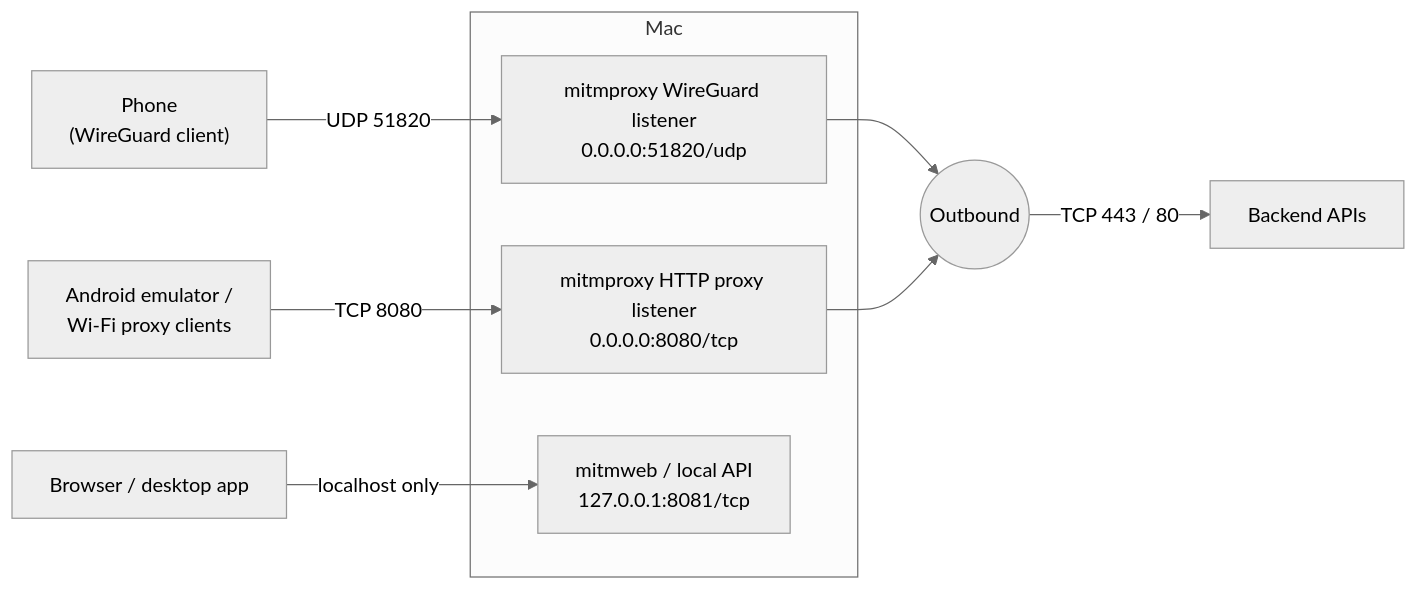
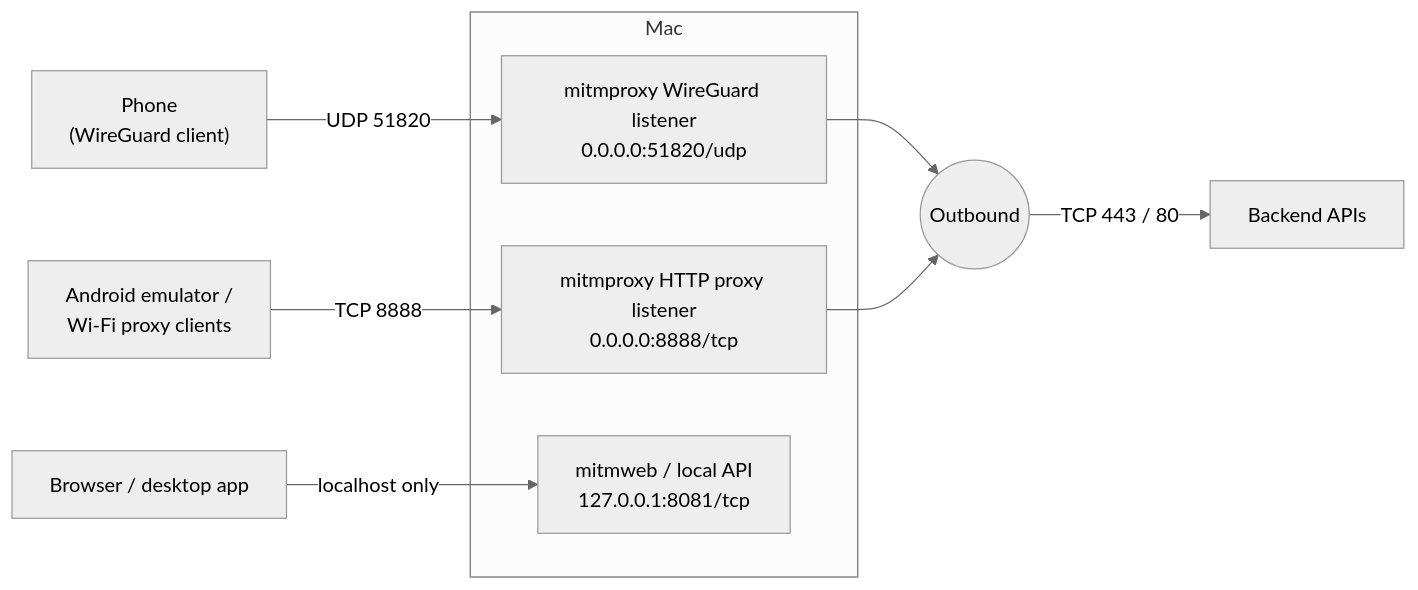
Before and after one commit to chienng/wiretrace: diagram 11 of 14 in docs/diagrams.md, drawn with Mermaid (neutral theme). The commit also changed other lines of this file and 30 other files, not shown here.

````diff
--- a/docs/diagrams.md
+++ b/docs/diagrams.md
@@ -431,16 +431,16 @@
 ```mermaid
 flowchart LR
     Phone["Phone<br/>(WireGuard client)"] -- "UDP 51820" --> WGP
-    Emu["Android emulator /<br/>Wi-Fi proxy clients"] -- "TCP 8080" --> HP
+    Emu["Android emulator /<br/>Wi-Fi proxy clients"] -- "TCP 8888" --> HP
 
     subgraph Mac["Mac"]
         WGP["mitmproxy WireGuard listener<br/>0.0.0.0:51820/udp"]
-        HP["mitmproxy HTTP proxy listener<br/>0.0.0.0:8080/tcp"]
+        HP["mitmproxy HTTP proxy listener<br/>0.0.0.0:8888/tcp"]
         WEB["mitmweb / local API<br/>127.0.0.1:8081/tcp"]
     end
 
     WGP --> OUT(("Outbound"))
     HP --> OUT
     OUT -- "TCP 443 / 80" --> BE["Backend APIs"]
     UIc["Browser / desktop app"] -- "localhost only" --> WEB
 ```
````
